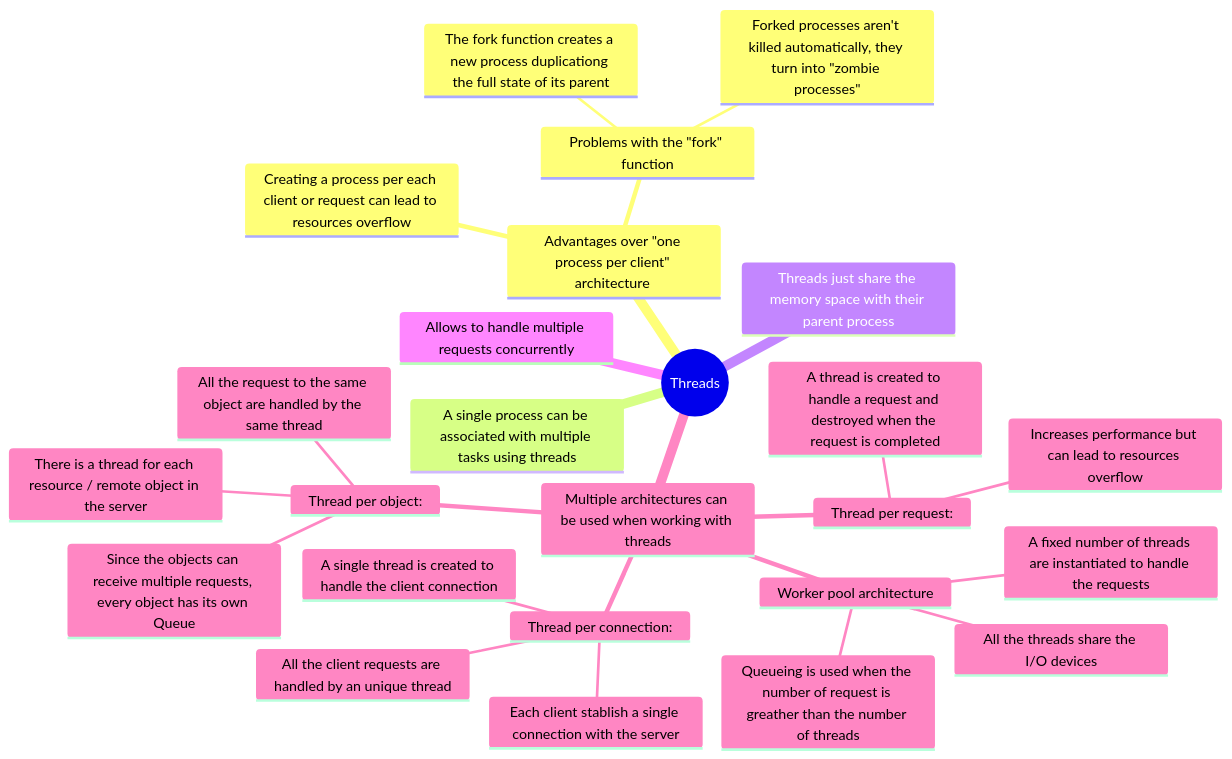
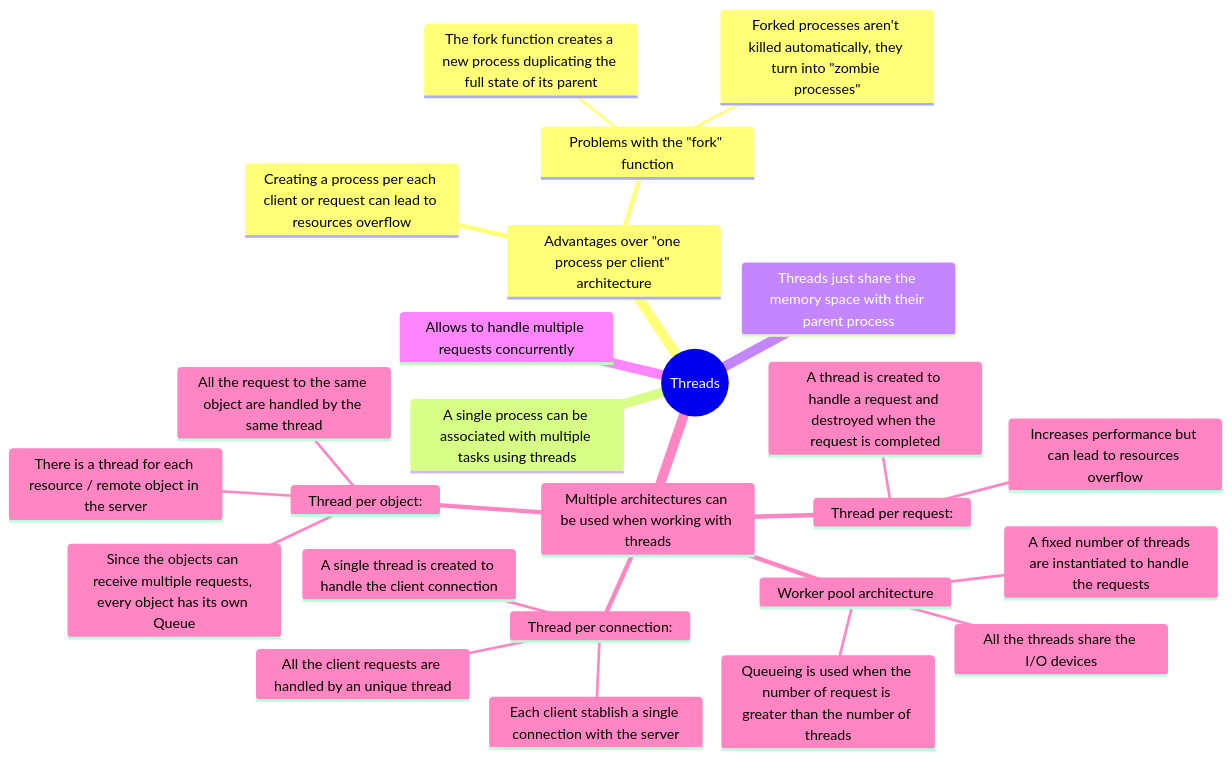
Before and after one commit to PedroChaparro/distributed-systems-subject: the diagram in mindmaps/threads.md, drawn with Mermaid. The commit also changed 2 other files, not shown here.

Commit message:
docs: Fix typos

````diff
--- a/mindmaps/threads.md
+++ b/mindmaps/threads.md
@@ -1,35 +1,35 @@
 ```mermaid
 mindmap
   root((Threads))
-    Advantages over "one process per client" architecture 
+    Advantages over "one process per client" architecture
         Creating a process per each client or request can lead to resources overflow
         Problems with the "fork" function
-            The fork function creates a new process duplicationg the full state of its parent
+            The fork function creates a new process duplicating the full state of its parent
             Forked processes aren't killed automatically, they turn into "zombie processes"
 
     A single process can be associated with multiple tasks using threads
-    
+
     Threads just share the memory space with their parent process
 
     Allows to handle multiple requests concurrently
 
     Multiple architectures can be used when working with threads
         Worker pool architecture
             A fixed number of threads are instantiated to handle the requests
-            Queueing is used when the number of request is greather than the number of threads
+            Queueing is used when the number of request is greater than the number of threads
             All the threads share the I/O devices
-        
-        Thread per request: 
+
+        Thread per request:
             A thread is created to handle a request and destroyed when the request is completed
             Increases performance but can lead to resources overflow
-        
-        Thread per connection: 
+
+        Thread per connection:
             Each client stablish a single connection with the server
             A single thread is created to handle the client connection
             All the client requests are handled by an unique thread
 
-        Thread per object:  
+        Thread per object:
             There is a thread for each resource / remote object in the server
             All the request to the same object are handled by the same thread
             Since the objects can receive multiple requests, every object has its own Queue
 ```
````
